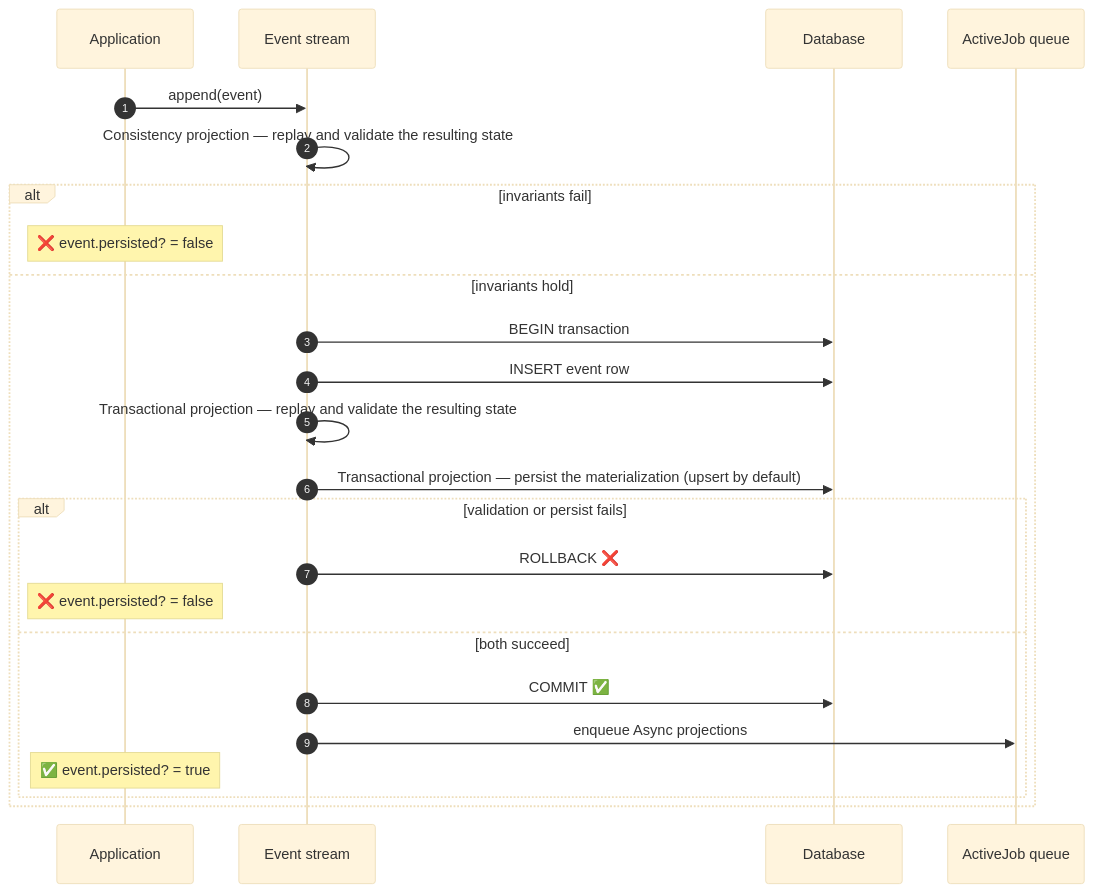
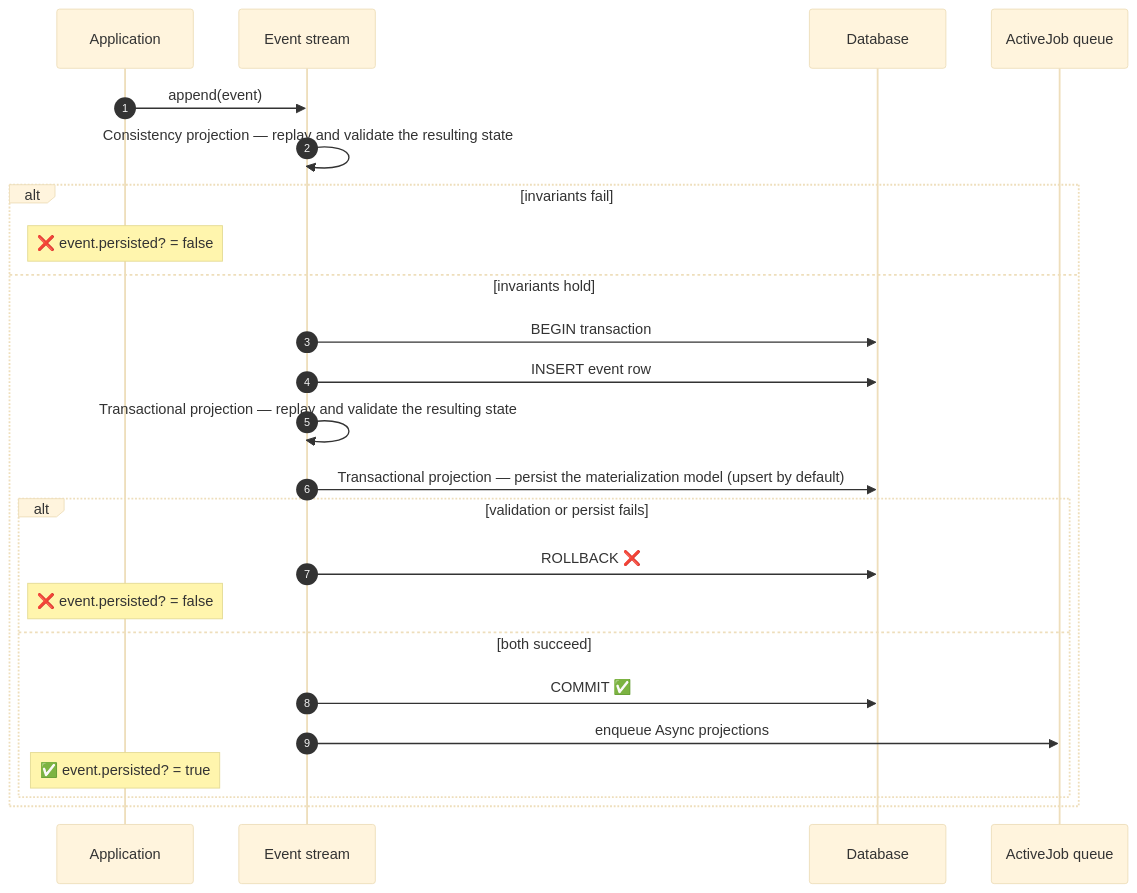
Before and after one commit to funes-org/funes: the diagram in guides/concepts/projection.md, drawn with Mermaid (base theme). The commit also changed other lines of this file, not shown here.

First line of the commit message:
Sharpen the wording on the Projection concept page

````diff
--- a/guides/concepts/projection.md
+++ b/guides/concepts/projection.md
@@ -135,27 +135,27 @@
 ```mermaid
 sequenceDiagram
     autonumber
     participant App as Application
     participant Stream as Event stream
     participant DB as Database
     participant Job as ActiveJob queue
 
     App->>Stream: append(event)
     Stream->>Stream: Consistency projection — replay and validate the resulting state
     alt invariants fail
         Note over App: ❌ event.persisted? = false
     else invariants hold
         Stream->>DB: BEGIN transaction
         Stream->>DB: INSERT event row
         Stream->>Stream: Transactional projection — replay and validate the resulting state
-        Stream->>DB: Transactional projection — persist the materialization (upsert by default)
+        Stream->>DB: Transactional projection — persist the materialization model (upsert by default)
         alt validation or persist fails
             Stream->>DB: ROLLBACK ❌
             Note over App: ❌ event.persisted? = false
         else both succeed
             Stream->>DB: COMMIT ✅
             Stream->>Job: enqueue Async projections
             Note over App: ✅ event.persisted? = true
         end
     end
 ```
````
